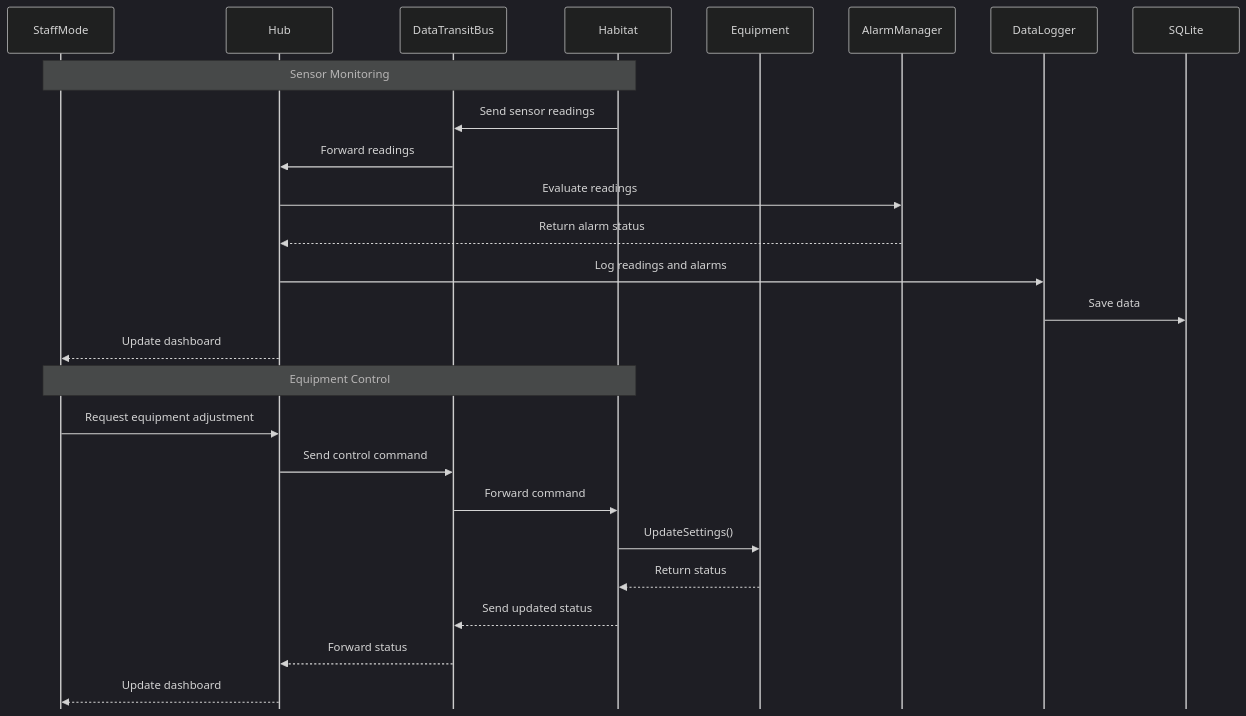
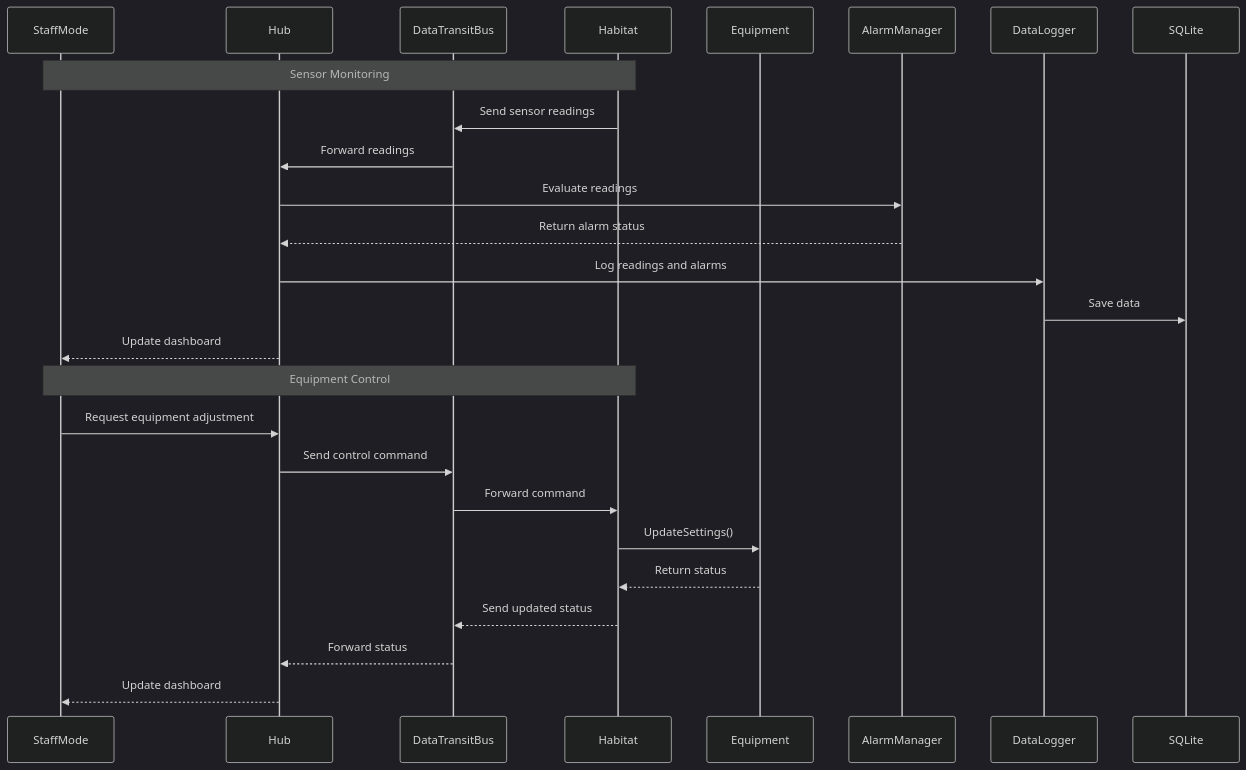
One commit to FabioBust/CSCN72030-Sec1-Group7 changed the third of 4 diagrams in README.md. Above: the diagram before and after it, drawn with Mermaid (dark theme). The commit also changed other lines of this file, not shown here.

Commit message:
Simplify sequence diagram initialization in README
Removed unnecessary initialization for sequence diagrams in README.

````diff
--- a/README.md
+++ b/README.md
@@ -334,33 +334,32 @@
 ```mermaid
-%%{init: {"sequence": {"mirrorActors": false}}}%%
 sequenceDiagram
     participant Staff as StaffMode
     participant Hub
     participant Bus as DataTransitBus
     participant Habitat
     participant Equipment
     participant Alarm as AlarmManager
     participant Logger as DataLogger
     participant DB as SQLite
 
     Note over Staff,Habitat: Sensor Monitoring
 
     Habitat->>Bus: Send sensor readings
     Bus->>Hub: Forward readings
     Hub->>Alarm: Evaluate readings
     Alarm-->>Hub: Return alarm status
     Hub->>Logger: Log readings and alarms
     Logger->>DB: Save data
     Hub-->>Staff: Update dashboard
 
     Note over Staff,Habitat: Equipment Control
 
     Staff->>Hub: Request equipment adjustment
     Hub->>Bus: Send control command
     Bus->>Habitat: Forward command
     Habitat->>Equipment: UpdateSettings()
     Equipment-->>Habitat: Return status
     Habitat-->>Bus: Send updated status
     Bus-->>Hub: Forward status
     Hub-->>Staff: Update dashboard
 ```
````
